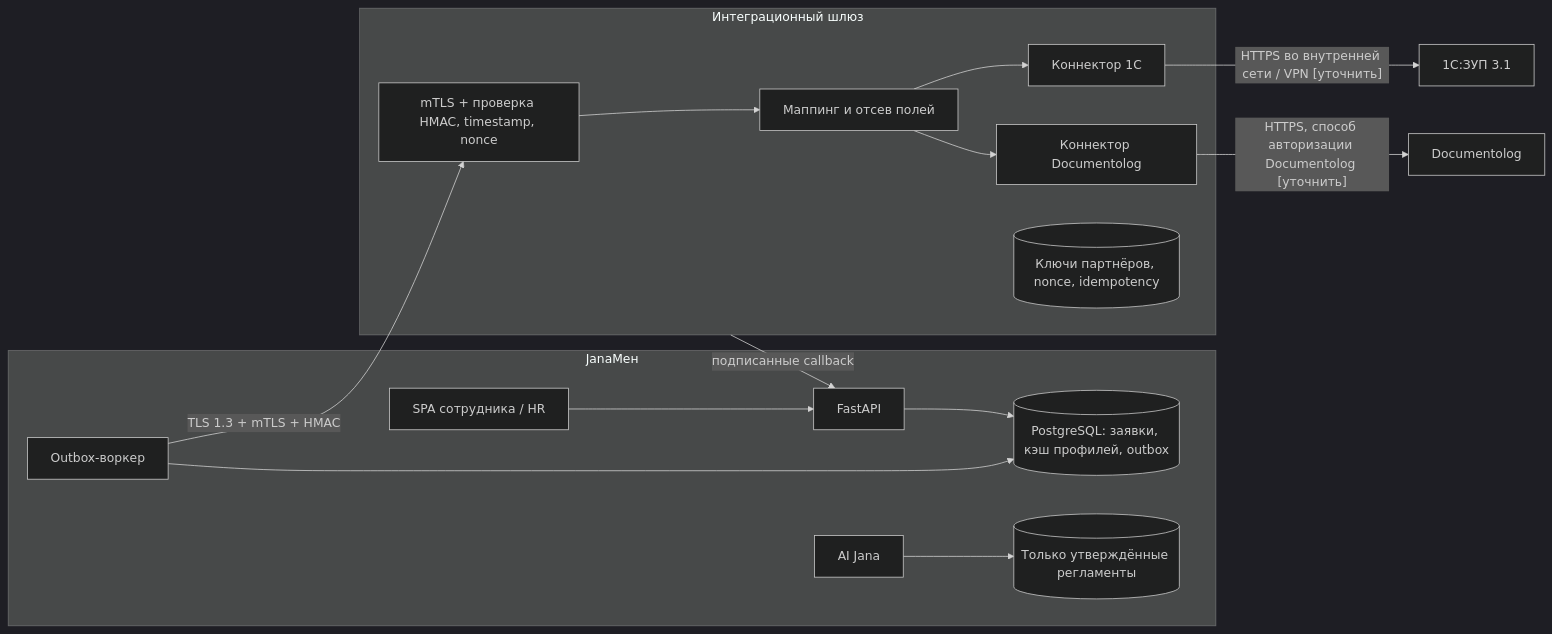
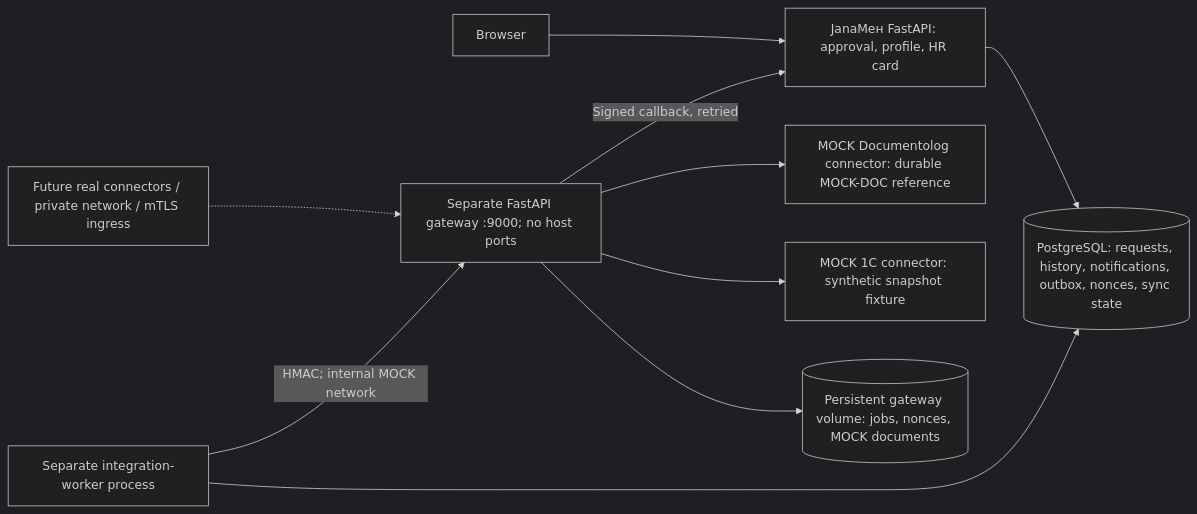
The diagram in docs/INTEGRATIONS.md (shokkanuly/Posttech), drawn with Mermaid (dark theme) before and after one commit. The commit also changed other lines of this file and 50 other files, not shown here.

First line of the commit message:
feat(integrations): Add durable MOCK gateway and HR telemetry

````diff
--- a/docs/INTEGRATIONS.md
+++ b/docs/INTEGRATIONS.md
@@ -13,19 +26,12 @@
 ```mermaid
 flowchart LR
-  subgraph JM["JanaМен"]
-    UI["SPA сотрудника / HR"] --> API["FastAPI"]
-    API --> DB[("PostgreSQL: заявки, кэш профилей, outbox")]
-    WK["Outbox-воркер"] --> DB
-    AI["AI Jana"] --> KB[("Только утверждённые регламенты")]
-  end
-  subgraph GW["Интеграционный шлюз"]
-    VER["mTLS + проверка HMAC, timestamp, nonce"] --> MAP["Маппинг и отсев полей"]
-    MAP --> C1["Коннектор 1С"]
-    MAP --> CD["Коннектор Documentolog"]
-    SEC[("Ключи партнёров, nonce, idempotency")]
-  end
-  WK -- "TLS 1.3 + mTLS + HMAC" --> VER
-  GW -- "подписанные callback" --> API
-  C1 -- "HTTPS во внутренней сети / VPN [уточнить]" --> ONEC["1С:ЗУП 3.1"]
-  CD -- "HTTPS, способ авторизации Documentolog [уточнить]" --> DL["Documentolog"]
+  Browser --> Web["JanaМен FastAPI: approval, profile, HR card"]
+  Web --> DB[("PostgreSQL: requests, history, notifications, outbox, nonces, sync state")]
+  Worker["Separate integration-worker process"] --> DB
+  Worker -->|"HMAC; internal MOCK network"| Gateway["Separate FastAPI gateway :9000; no host ports"]
+  Gateway --> GDB[("Persistent gateway volume: jobs, nonces, MOCK documents")]
+  Gateway --> OneC["MOCK 1C connector: synthetic snapshot fixture"]
+  Gateway --> Doc["MOCK Documentolog connector: durable MOCK-DOC reference"]
+  Gateway -->|"Signed callback, retried"| Web
+  Future["Future real connectors / private network / mTLS ingress"] -.-> Gateway
 ```
````
